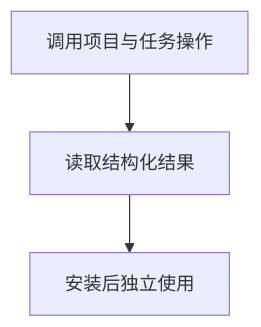
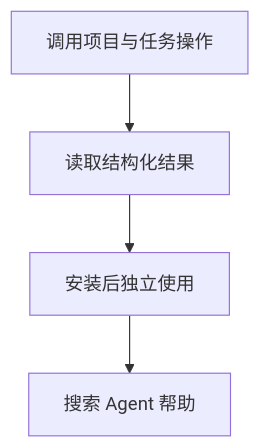
Before and after one commit to qweaxdzsc/AI4E_dojo: the diagram in docs/PRD/ai4e-task/cli/PRD.md, drawn with Mermaid. The commit also changed other lines of this file and 1348 other files, not shown here.

````diff
--- a/docs/PRD/ai4e-task/cli/PRD.md
+++ b/docs/PRD/ai4e-task/cli/PRD.md
@@ -21,8 +21,10 @@
 ```mermaid
 flowchart TD
   N0["调用项目与任务操作"]
   N1["读取结构化结果"]
   N0 --> N1
   N2["安装后独立使用"]
   N1 --> N2
+  N3["搜索 Agent 帮助"]
+  N2 --> N3
 ```
````
